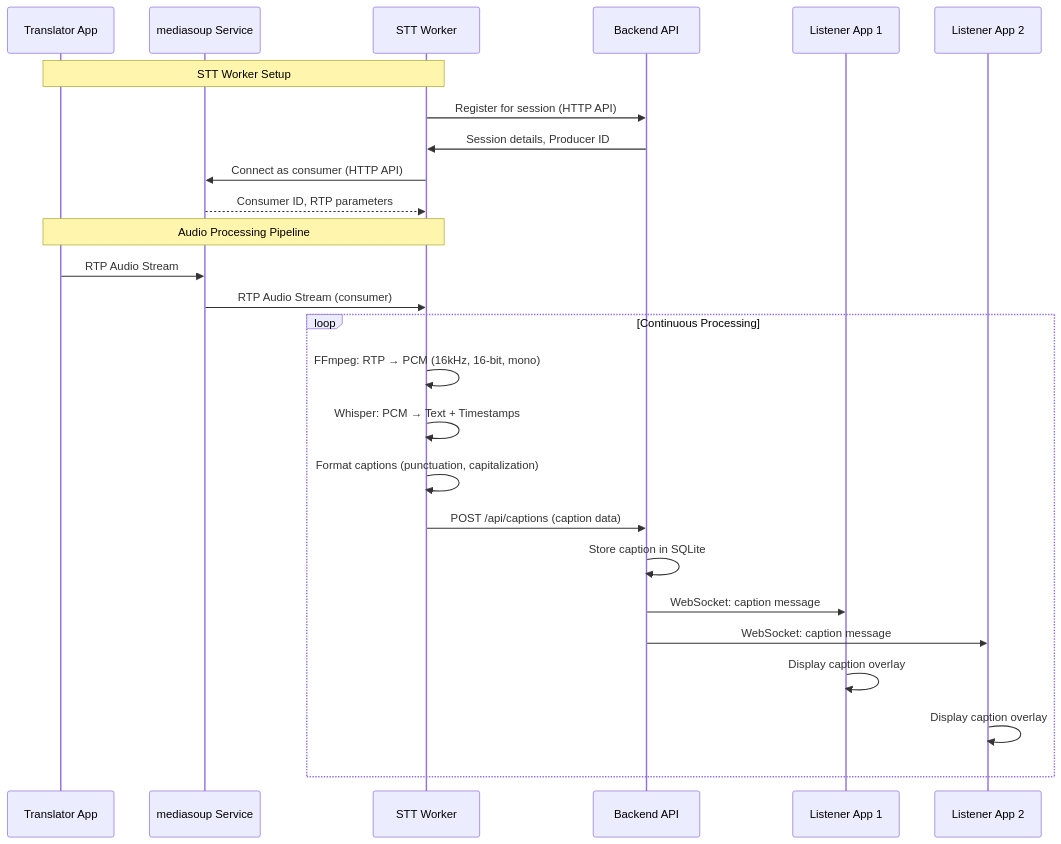
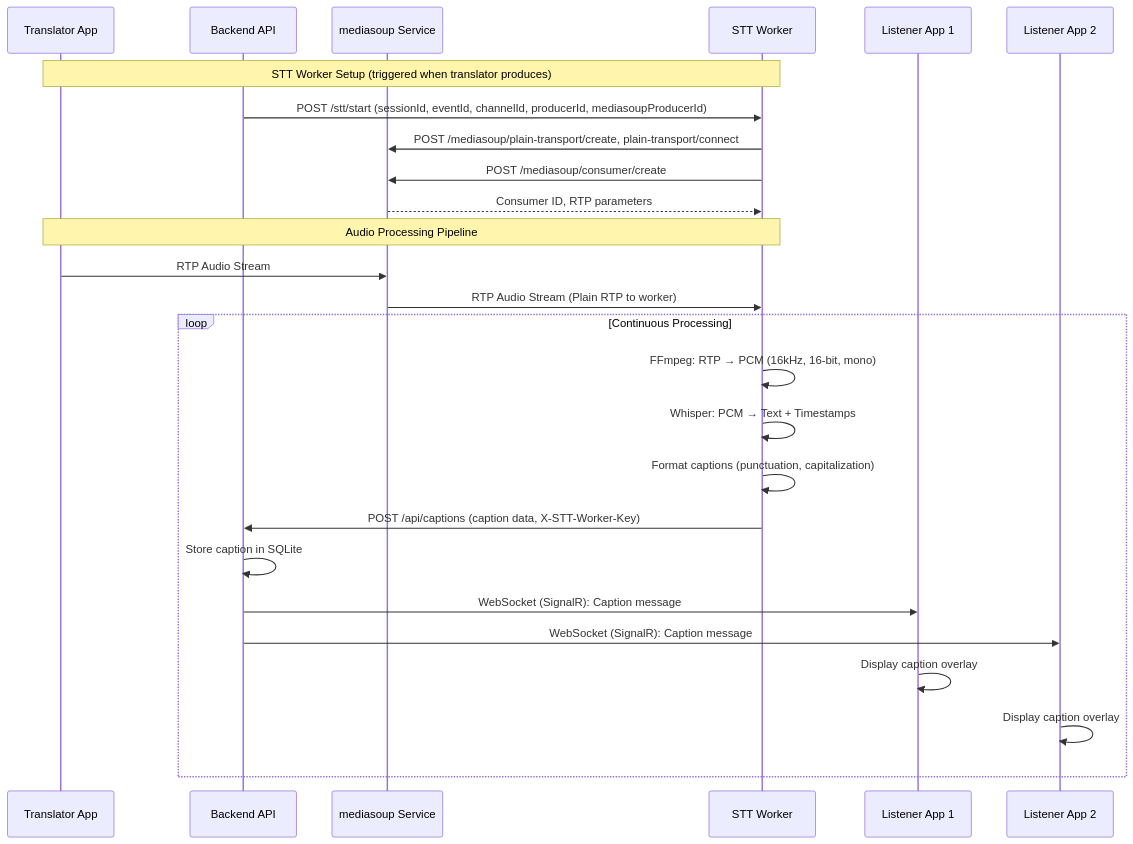
The third of 7 diagrams in ARCHITECTURE.md (petroscs/audio-translation-system), drawn with Mermaid before and after one commit. The commit also changed other lines of this file, not shown here.

First line of the commit message:
Update architecture documentation to reflect changes in service interactions and transport methods

````diff
--- a/ARCHITECTURE.md
+++ b/ARCHITECTURE.md
@@ -177,32 +177,31 @@
 ```mermaid
 sequenceDiagram
     participant TA as Translator App
+    participant BE as Backend API
     participant MS as mediasoup Service
     participant STT as STT Worker
-    participant BE as Backend API
     participant LA1 as Listener App 1
     participant LA2 as Listener App 2
     
-    Note over TA,STT: STT Worker Setup
-    STT->>BE: Register for session (HTTP API)
-    BE->>STT: Session details, Producer ID
-    
-    STT->>MS: Connect as consumer (HTTP API)
+    Note over TA,STT: STT Worker Setup (triggered when translator produces)
+    BE->>STT: POST /stt/start (sessionId, eventId, channelId, producerId, mediasoupProducerId)
+    STT->>MS: POST /mediasoup/plain-transport/create, plain-transport/connect
+    STT->>MS: POST /mediasoup/consumer/create
     MS-->>STT: Consumer ID, RTP parameters
     
     Note over TA,STT: Audio Processing Pipeline
     TA->>MS: RTP Audio Stream
-    MS->>STT: RTP Audio Stream (consumer)
+    MS->>STT: RTP Audio Stream (Plain RTP to worker)
     
     loop Continuous Processing
         STT->>STT: FFmpeg: RTP → PCM (16kHz, 16-bit, mono)
         STT->>STT: Whisper: PCM → Text + Timestamps
         STT->>STT: Format captions (punctuation, capitalization)
-        STT->>BE: POST /api/captions (caption data)
+        STT->>BE: POST /api/captions (caption data, X-STT-Worker-Key)
         BE->>BE: Store caption in SQLite
-        BE->>LA1: WebSocket: caption message
-        BE->>LA2: WebSocket: caption message
+        BE->>LA1: WebSocket (SignalR): Caption message
+        BE->>LA2: WebSocket (SignalR): Caption message
         LA1->>LA1: Display caption overlay
         LA2->>LA2: Display caption overlay
     end
 ```
````
